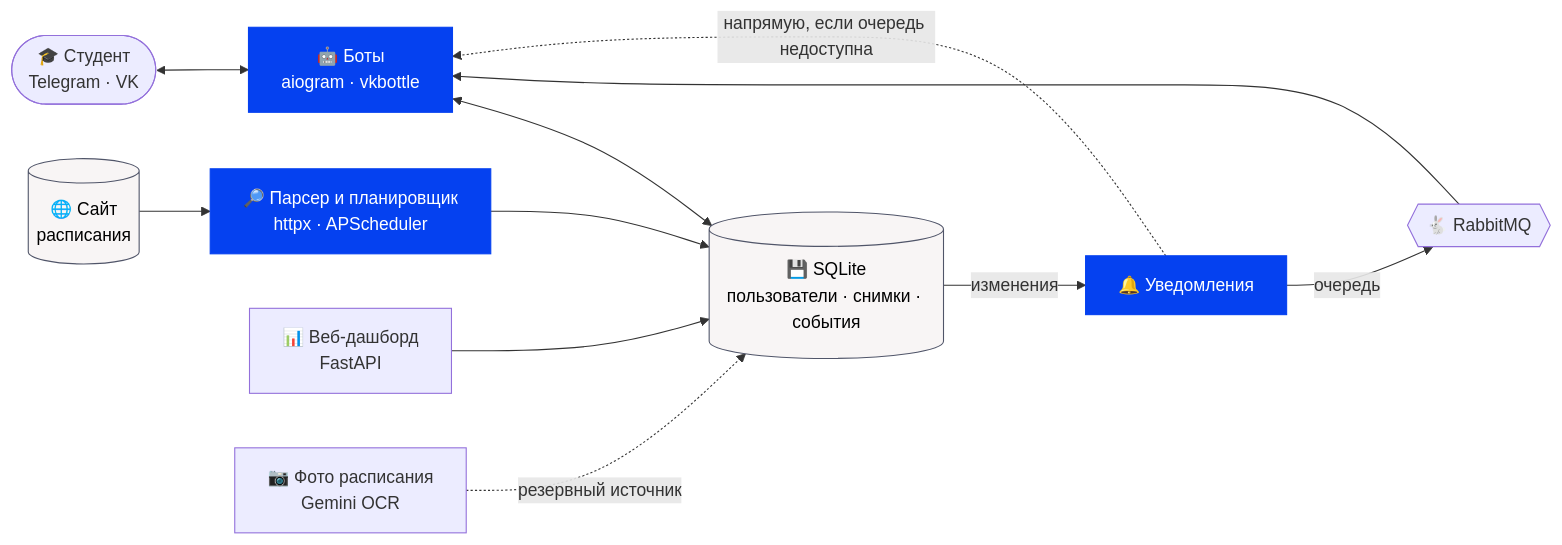
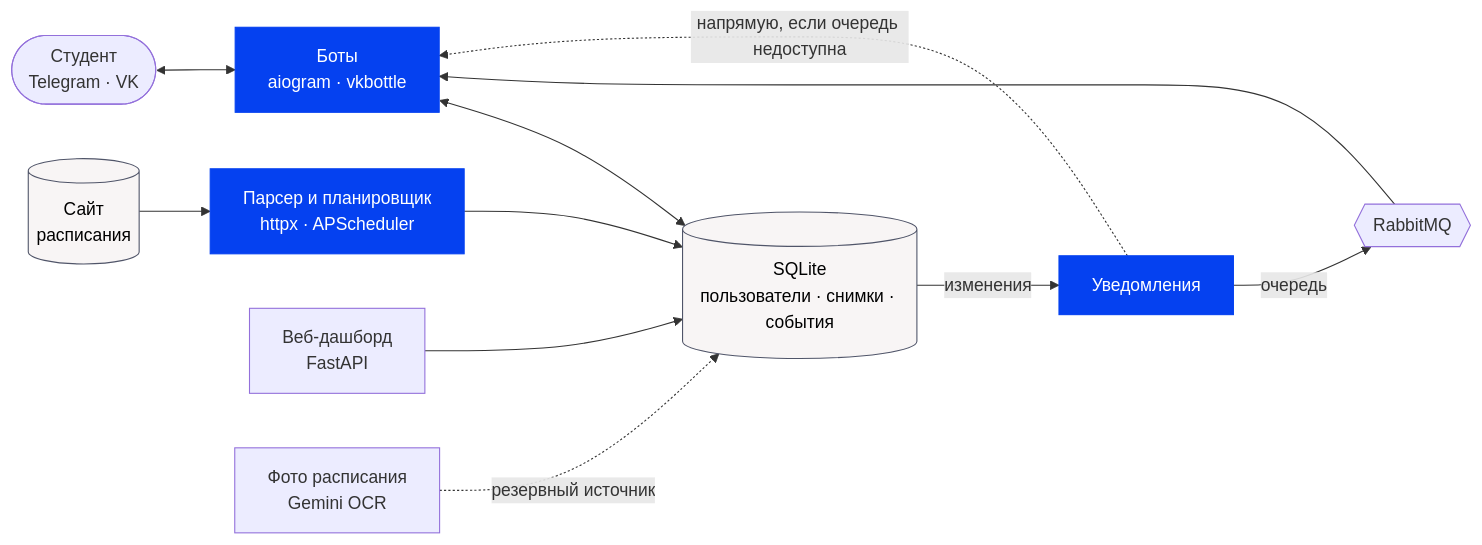
One commit to nekotyy/misis-rasp-bot changed the diagram in README.md. Above: the diagram before and after it, drawn with Mermaid. The commit also changed other lines of this file, not shown here.

````diff
--- a/README.md
+++ b/README.md
@@ -166,28 +165,28 @@
 ```mermaid
 flowchart LR
-    student(["🎓 Студент<br/>Telegram · VK"])
-    bots["🤖 Боты<br/>aiogram · vkbottle"]
-    site[("🌐 Сайт<br/>расписания")]
-    parser["🔎 Парсер и планировщик<br/>httpx · APScheduler"]
-    db[("💾 SQLite<br/>пользователи · снимки · события")]
-    notifier["🔔 Уведомления"]
-    mq{{"🐇 RabbitMQ"}}
-    web["📊 Веб-дашборд<br/>FastAPI"]
-    ocr["📷 Фото расписания<br/>Gemini OCR"]
+    student(["Студент<br/>Telegram · VK"])
+    bots["Боты<br/>aiogram · vkbottle"]
+    site[("Сайт<br/>расписания")]
+    parser["Парсер и планировщик<br/>httpx · APScheduler"]
+    db[("SQLite<br/>пользователи · снимки · события")]
+    notifier["Уведомления"]
+    mq{{"RabbitMQ"}}
+    web["Веб-дашборд<br/>FastAPI"]
+    ocr["Фото расписания<br/>Gemini OCR"]
 
     student <--> bots
     bots <--> db
     site --> parser
     parser --> db
     db -->|изменения| notifier
     notifier -->|очередь| mq
     mq --> bots
     notifier -.->|напрямую, если очередь недоступна| bots
     web --> db
     ocr -.->|резервный источник| db
 
     classDef brand fill:#0541F0,stroke:#0541F0,color:#ffffff;
     classDef store fill:#F8F5F5,stroke:#505569,color:#000000;
     class bots,parser,notifier brand;
     class db,site store;
 ```
````
